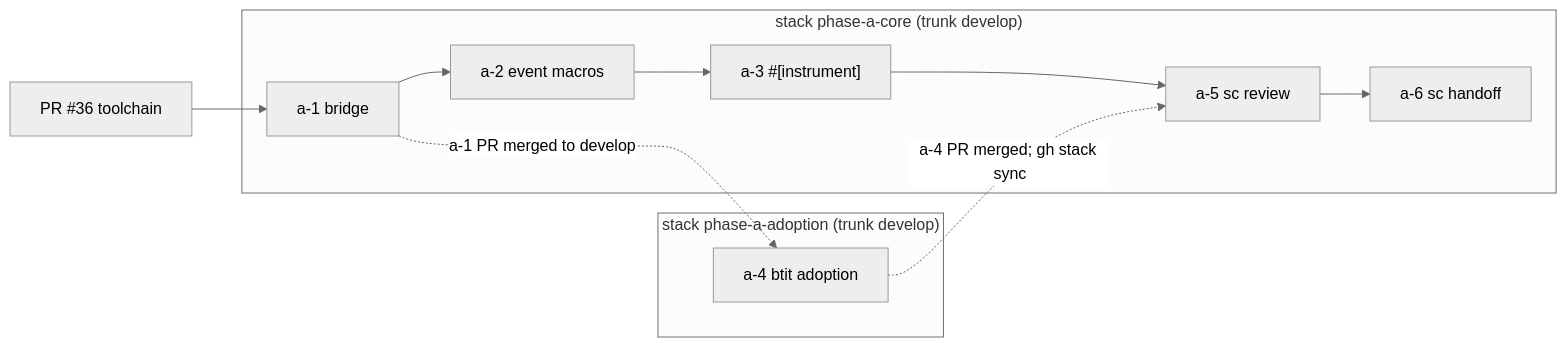
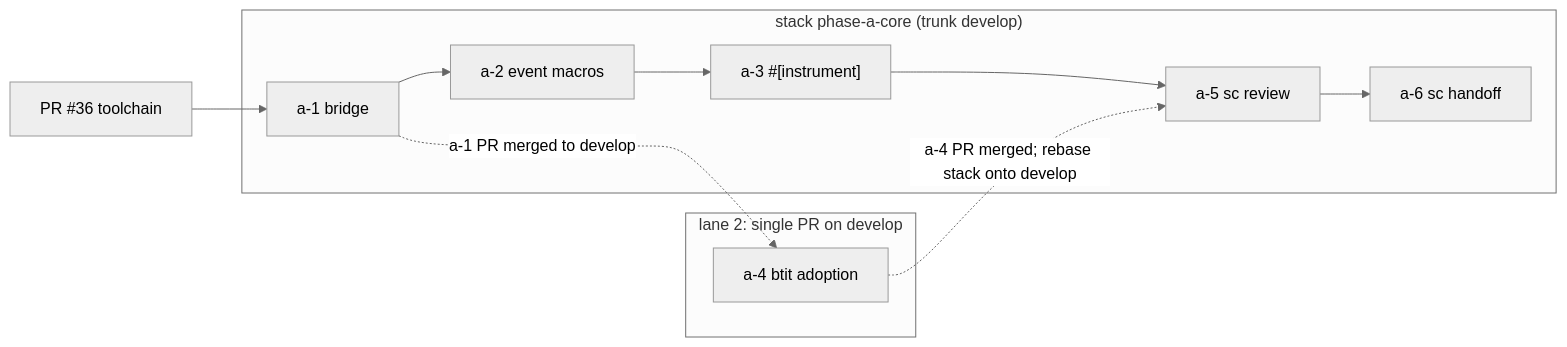
Before and after one commit to randlee/beads-task-issue-tracker: the diagram in docs/plans/phase-a/plan-phase-a.md, drawn with Mermaid (neutral theme). The commit also changed other lines of this file and 2 other files, not shown here.

First line of the commit message:
docs(plans): phase-a stack workflow uses gh stack link + per-worktree git rebase

````diff
--- a/docs/plans/phase-a/plan-phase-a.md
+++ b/docs/plans/phase-a/plan-phase-a.md
@@ -106,12 +106,12 @@
 ```mermaid
 flowchart LR
   P36["PR #36 toolchain"] --> A1
   subgraph core["stack phase-a-core (trunk develop)"]
     A1["a-1 bridge"] --> A2["a-2 event macros"] --> A3["a-3 #[instrument]"] --> A5["a-5 sc review"] --> A6["a-6 sc handoff"]
   end
-  subgraph adoption["stack phase-a-adoption (trunk develop)"]
+  subgraph adoption["lane 2: single PR on develop"]
     A4["a-4 btit adoption"]
   end
   A1 -. "a-1 PR merged to develop" .-> A4
-  A4 -. "a-4 PR merged; gh stack sync" .-> A5
+  A4 -. "a-4 PR merged; rebase stack onto develop" .-> A5
 ```
````
